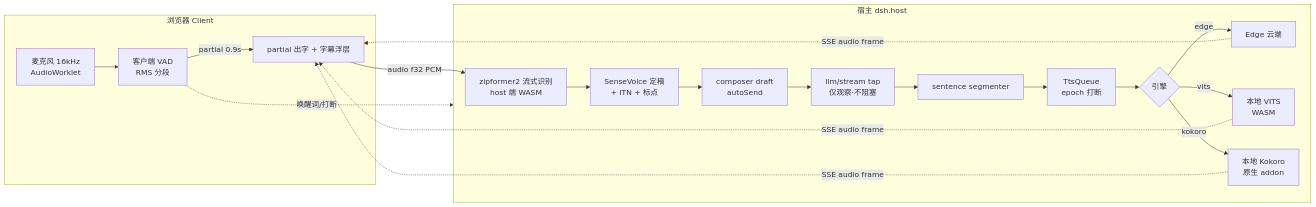
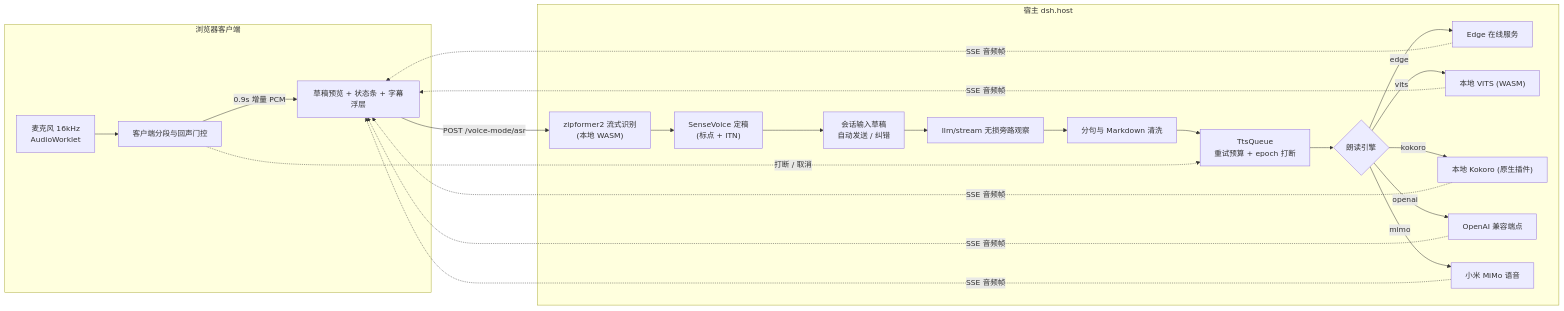
The diagram in README.md (qishuilalala/dsh-voice-mode), drawn with Mermaid before and after one commit. The commit also changed other lines of this file and 49 other files, not shown here.

````diff
--- a/README.md
+++ b/README.md
@@ -183,25 +106,29 @@
 ```mermaid
 flowchart LR
-    subgraph Client["浏览器 Client"]
-        Mic[麦克风 16kHz<br/>AudioWorklet] --> VAD[客户端 VAD<br/>RMS 分段]
-        VAD -->|partial 0.9s| PC[partial 出字 + 字幕浮层]
+    subgraph Client["浏览器客户端"]
+        Mic["麦克风 16kHz<br/>AudioWorklet"] --> VAD["客户端分段与回声门控"]
+        VAD -->|"0.9s 增量 PCM"| UI["草稿预览 + 状态条 + 字幕浮层"]
     end
 
     subgraph Host["宿主 dsh.host"]
-        ASR[zipformer2 流式识别<br/>host 端 WASM] --> SV[SenseVoice 定稿<br/>+ ITN + 标点]
-        SV --> Draft[composer draft<br/>autoSend]
-        Draft --> Tap[llm/stream tap<br/>仅观察·不阻塞]
-        Tap --> Seg[sentence segmenter]
-        Seg --> Q[TtsQueue<br/>epoch 打断]
-        Q --> TTS{引擎}
-        TTS -->|edge| Edge[Edge 云端]
-        TTS -->|vits| Vits[本地 VITS<br/>WASM]
-        TTS -->|kokoro| Kokoro[本地 Kokoro<br/>原生 addon]
+        ASR["zipformer2 流式识别<br/>(本地 WASM)"] --> SV["SenseVoice 定稿<br/>(标点 + ITN)"]
+        SV --> Draft["会话输入草稿<br/>自动发送 / 纠错"]
+        Draft --> Tap["llm/stream 无损旁路观察"]
+        Tap --> Seg["分句与 Markdown 清洗"]
+        Seg --> Q["TtsQueue<br/>重试预算 + epoch 打断"]
+        Q --> TTS{"朗读引擎"}
+        TTS -->|edge| Edge["Edge 在线服务"]
+        TTS -->|vits| Vits["本地 VITS (WASM)"]
+        TTS -->|kokoro| Kokoro["本地 Kokoro (原生插件)"]
+        TTS -->|openai| OpenAI["OpenAI 兼容端点"]
+        TTS -->|mimo| MiMo["小米 MiMo 语音"]
     end
 
-    PC -->|audio f32 PCM| ASR
-    Edge -.->|SSE audio frame| PC
-    Vits -.->|SSE audio frame| PC
-    Kokoro -.->|SSE audio frame| PC
-    VAD -.->|唤醒词/打断| Host
+    UI -->|POST /voice-mode/asr| ASR
+    Edge -.->|SSE 音频帧| UI
+    Vits -.->|SSE 音频帧| UI
+    Kokoro -.->|SSE 音频帧| UI
+    OpenAI -.->|SSE 音频帧| UI
+    MiMo -.->|SSE 音频帧| UI
+    VAD -.->|打断 / 取消| Q
 ```
````
